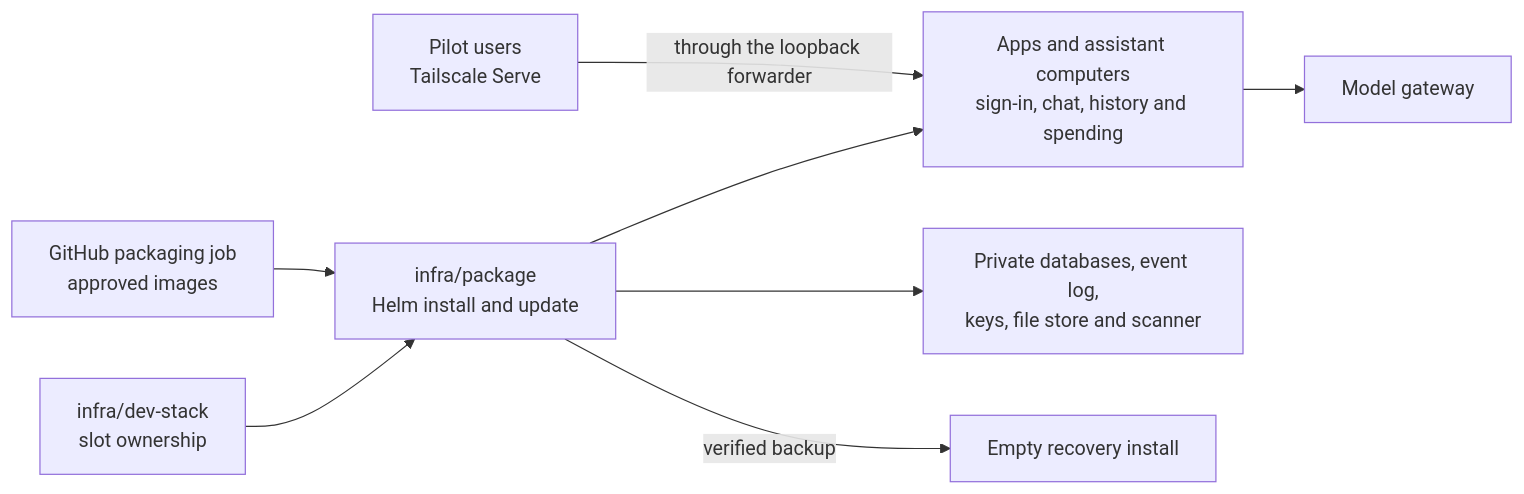
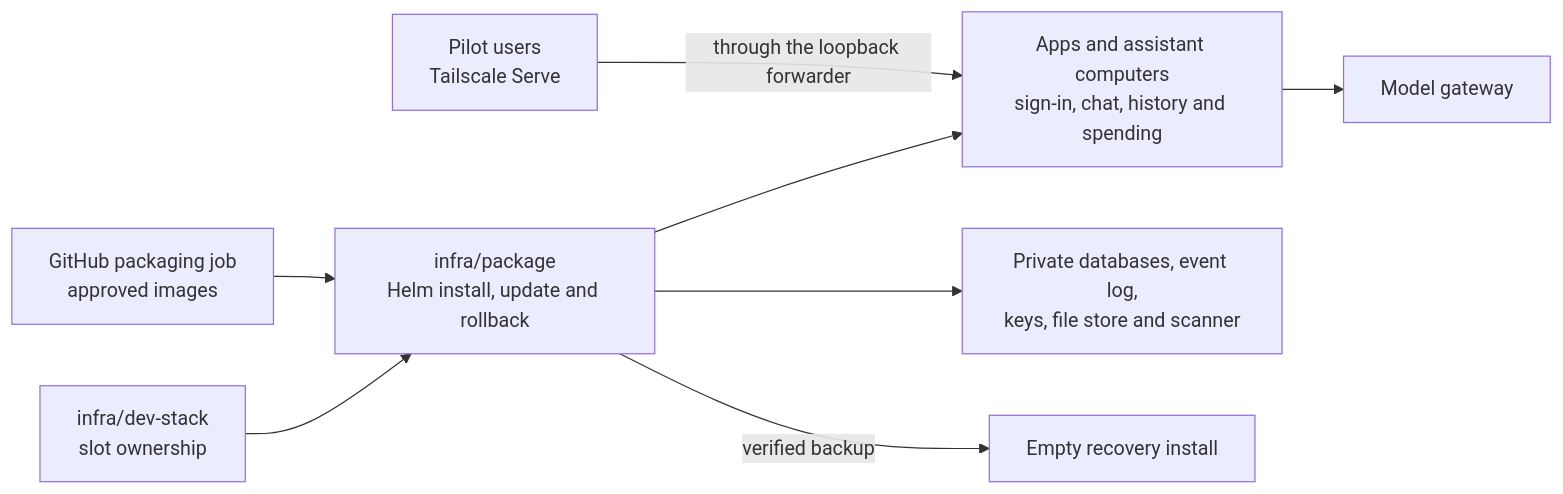
The diagram in infra/package/README.md (elewa-git/opencrane-new), drawn with Mermaid before and after one commit. The commit also changed other lines of this file and 27 other files, not shown here.

````diff
--- a/infra/package/README.md
+++ b/infra/package/README.md
@@ -19,10 +19,10 @@
 ```mermaid
 flowchart LR
-  stack["infra/dev-stack<br/>slot ownership"] --> package["infra/package<br/>Helm install and update"]
+  stack["infra/dev-stack<br/>slot ownership"] --> package["infra/package<br/>Helm install, update and rollback"]
   ci["GitHub packaging job<br/>approved images"] --> package
   package --> apps["Apps and assistant computers<br/>sign-in, chat, history and spending"]
   tailnet["Pilot users<br/>Tailscale Serve"] -->|through the loopback forwarder| apps
   package --> services["Private databases, event log,<br/>keys, file store and scanner"]
   apps --> models["Model gateway"]
   package -->|verified backup| recovery["Empty recovery install"]
 ```
````
